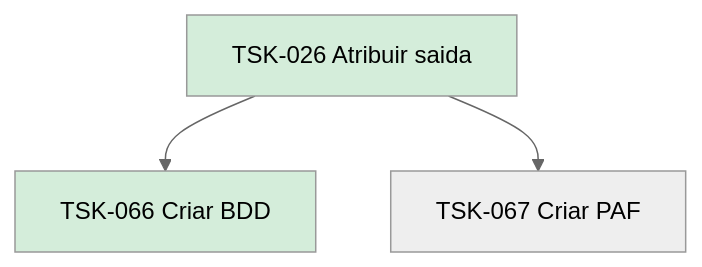
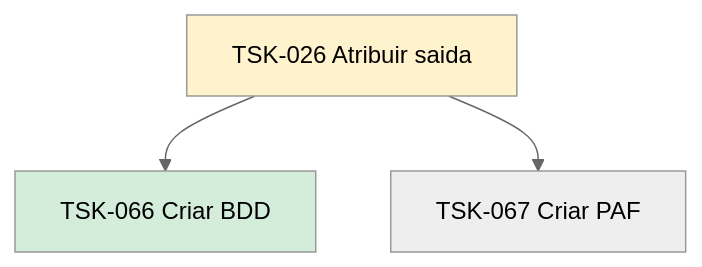
The diagram in flow/tasks/TSK-001-criar-epico/TSK-002-criar-as-historias/TSK-005-gantt/TSK-026-atribuir-saida/README.md (laerciogermano/workstation), drawn with Mermaid (neutral theme) before and after one commit. The commit also changed other lines of this file and 53 other files, not shown here.

````diff
--- a/flow/tasks/TSK-001-criar-epico/TSK-002-criar-as-historias/TSK-005-gantt/TSK-026-atribuir-saida/README.md
+++ b/flow/tasks/TSK-001-criar-epico/TSK-002-criar-as-historias/TSK-005-gantt/TSK-026-atribuir-saida/README.md
@@ -12,10 +12,10 @@
 ```mermaid
 flowchart TD
   T026[TSK-026 Atribuir saida]
   T066[TSK-066 Criar BDD]
   T067[TSK-067 Criar PAF]
   T026 --> T066
   T026 --> T067
-  style T026 fill:#d4edda
+  style T026 fill:#fff3cd
   style T066 fill:#d4edda
 ```
````
